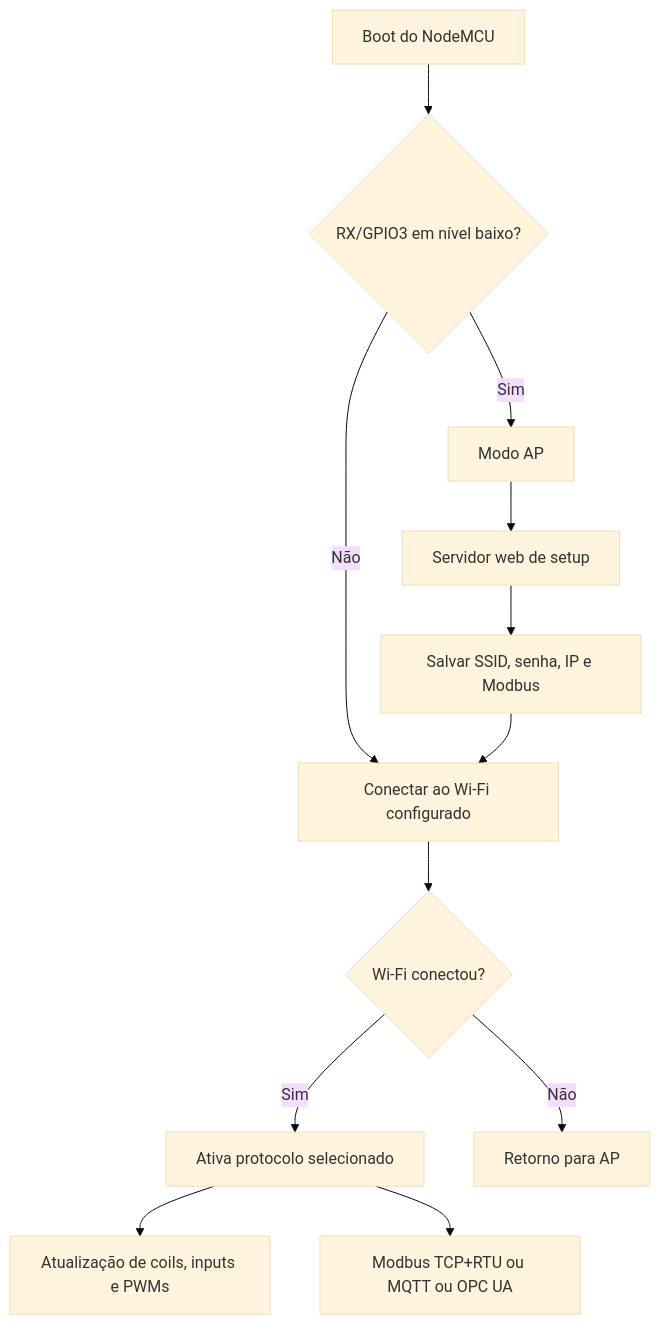
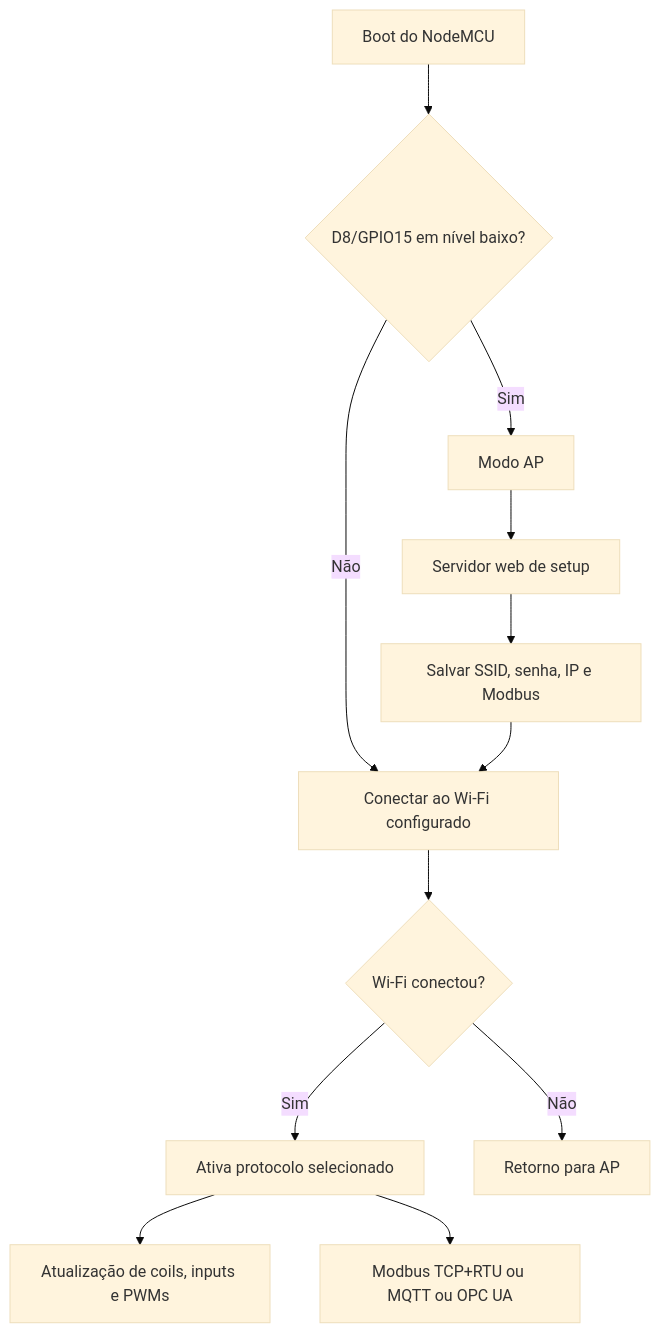
The first of 4 diagrams in README.md (wvianna/pcb-moduloDidatico-SCADA-IoT-firmware), drawn with Mermaid (base theme) before and after one commit. The commit also changed other lines of this file and 5 other files, not shown here.

````diff
--- a/README.md
+++ b/README.md
@@ -124,14 +123,14 @@
 ```mermaid
 flowchart TD
-  A[Boot do NodeMCU] --> B{RX/GPIO3 em nível baixo?}
+  A[Boot do NodeMCU] --> B{D8/GPIO15 em nível baixo?}
   B -->|Sim| C[Modo AP]
   B -->|Não| D[Conectar ao Wi-Fi configurado]
   C --> E[Servidor web de setup]
   E --> F[Salvar SSID, senha, IP e Modbus]
   F --> D
   D --> G{Wi-Fi conectou?}
   G -->|Sim| H[Ativa protocolo selecionado]
   G -->|Não| I[Retorno para AP]
   H --> J[Atualização de coils, inputs e PWMs]
   H --> K[Modbus TCP+RTU ou MQTT ou OPC UA]
 ```
````
